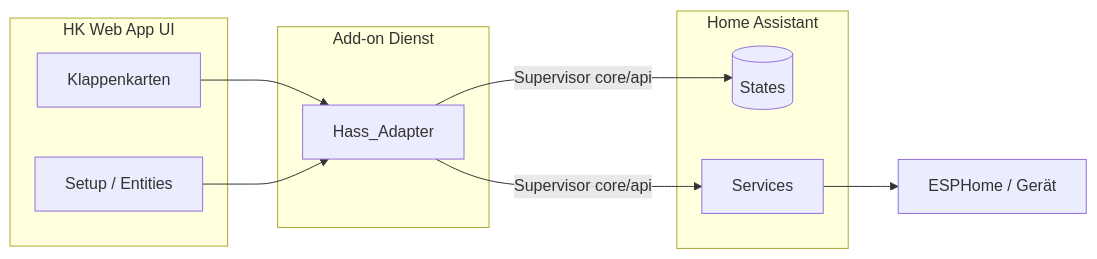
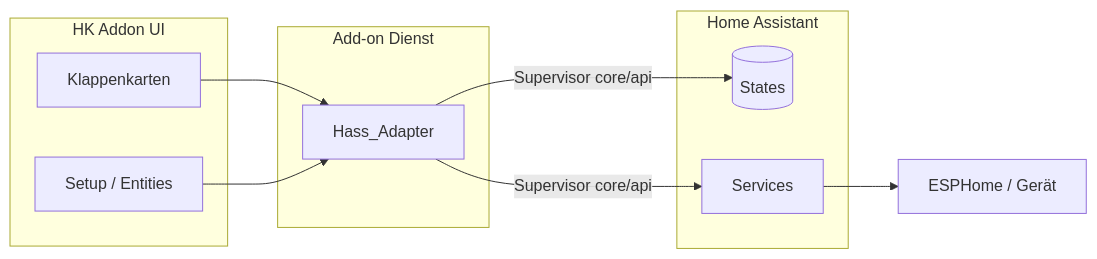
One commit to The88ers/ha-addon-hk-app changed the first of 2 diagrams in Anforderungen.md. Above: the diagram before and after it, drawn with Mermaid. The commit also changed other lines of this file and 21 other files, not shown here.

First line of the commit message:
Release v0.1.1: rename to HK Addon (hk_addon), LF gitattributes, schema fix

````diff
--- a/Anforderungen.md
+++ b/Anforderungen.md
@@ -172,19 +172,19 @@
 ```mermaid
 flowchart LR
-  subgraph UI["HK Web App UI"]
+  subgraph UI["HK Addon UI"]
     Karten[Klappenkarten]
     Setup[Setup / Entities]
   end
   subgraph HA["Home Assistant"]
     States[(States)]
     Svc[Services]
   end
   subgraph AddonD["Add-on Dienst"]
     Ad[Hass_Adapter]
   end
   Karten --> Ad
   Setup --> Ad
   Ad -->|Supervisor core/api| States
   Ad -->|Supervisor core/api| Svc
   Svc --> ESP[ESPHome / Gerät]
 ```
````
